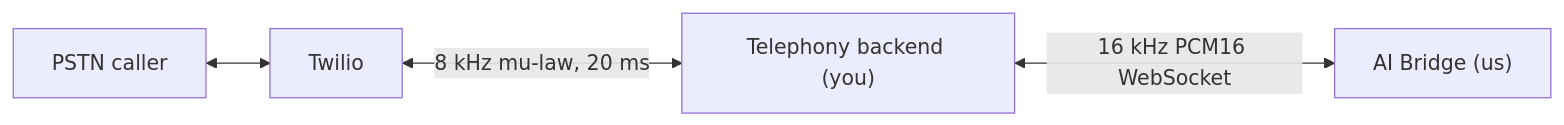
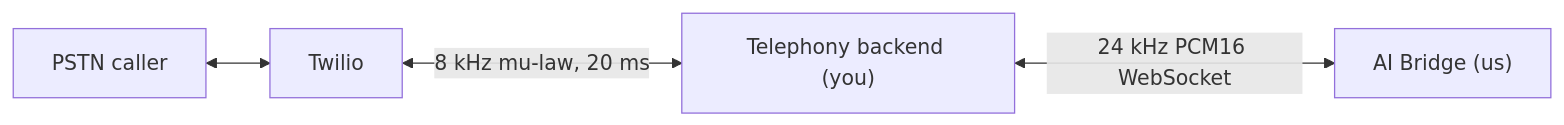
The diagram in documents/reports/ai-bridge-for-backend.md (BopsAIle/phone_call_project), drawn with Mermaid before and after one commit. The commit also changed other lines of this file and 52 other files, not shown here.

````diff
--- a/documents/reports/ai-bridge-for-backend.md
+++ b/documents/reports/ai-bridge-for-backend.md
@@ -23,6 +23,6 @@
 ```mermaid
 flowchart LR
     Caller["PSTN caller"] <--> Twilio
     Twilio <-->|"8 kHz mu-law, 20 ms"| BE["Telephony backend (you)"]
-    BE <-->|"16 kHz PCM16 WebSocket"| AI["AI Bridge (us)"]
+    BE <-->|"24 kHz PCM16 WebSocket"| AI["AI Bridge (us)"]
 ```
````
